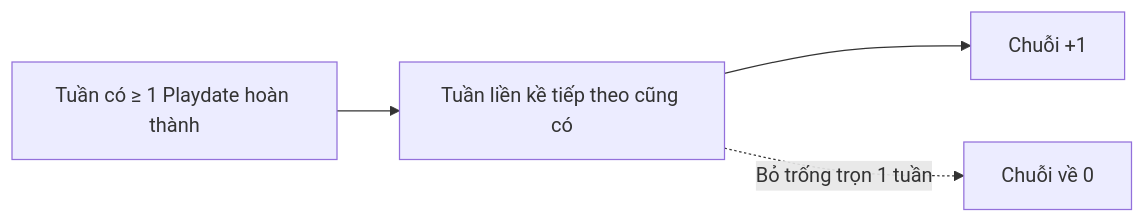
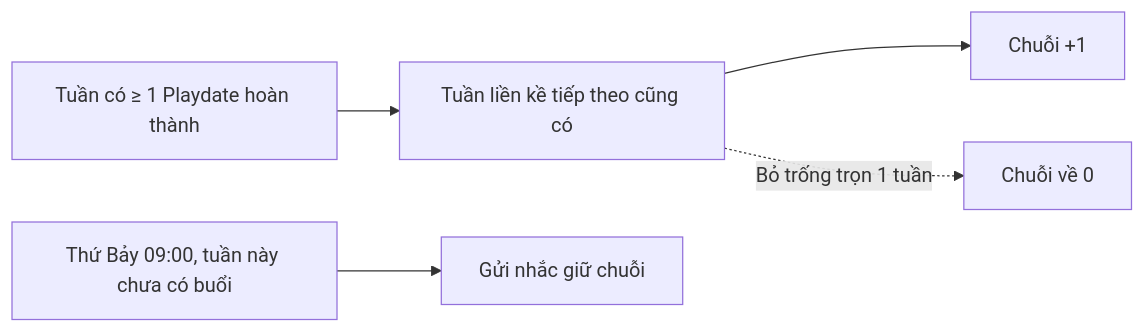
Before and after one commit to BuddyLink-Team/Front-End: the second of 2 diagrams in final-docs/13-thanh-tich-huy-hieu.md, drawn with Mermaid. The commit also changed other lines of this file and 8 other files, not shown here.

````diff
--- a/final-docs/13-thanh-tich-huy-hieu.md
+++ b/final-docs/13-thanh-tich-huy-hieu.md
@@ -36,5 +37,6 @@
 ```mermaid
 flowchart LR
     W1[Tuần có ≥ 1 Playdate hoàn thành] --> W2[Tuần liền kề tiếp theo cũng có] --> W3[Chuỗi +1]
     W2 -. Bỏ trống trọn 1 tuần .-> R[Chuỗi về 0]
+    N[Thứ Bảy 09:00, tuần này chưa có buổi] --> NR[Gửi nhắc giữ chuỗi]
 ```
````
